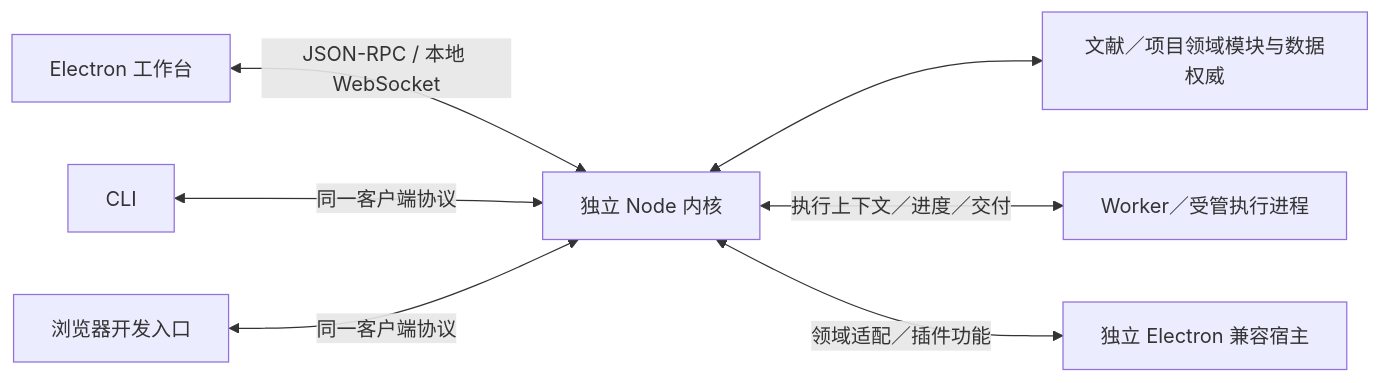
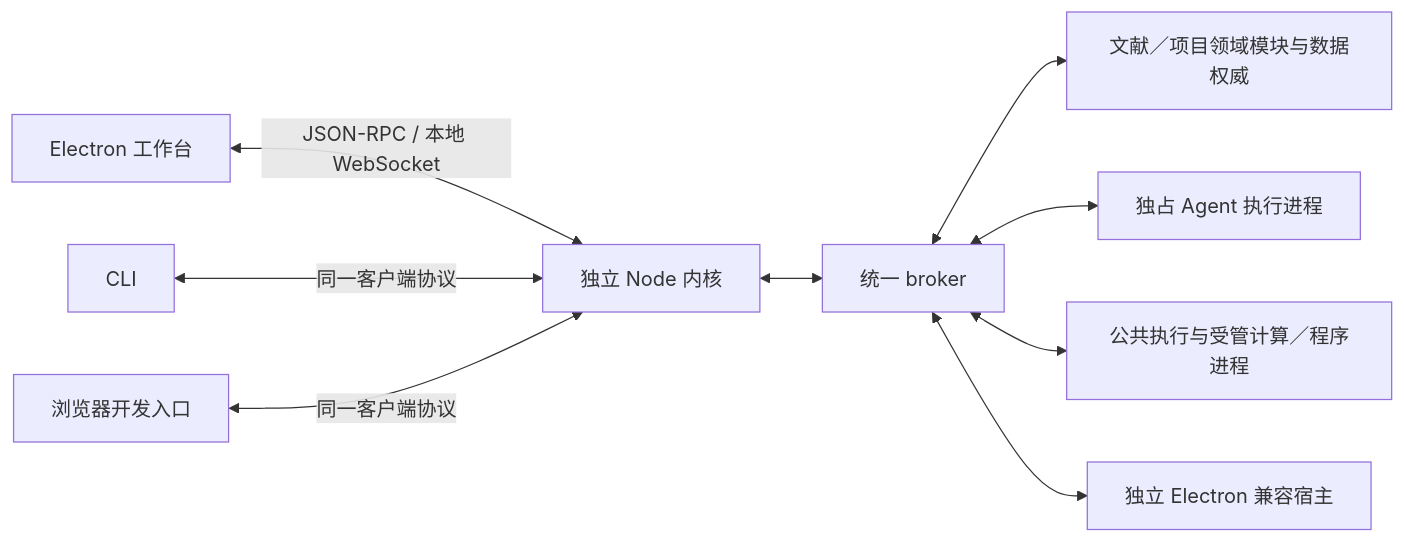
One commit to leike0813/Scholoom changed the diagram in .scratch/scholoom-foundations/issues/09-electron-architecture.md. Above: the diagram before and after it, drawn with Mermaid. The commit also changed other lines of this file and 305 other files, not shown here.

Commit message:
refactor: migrate runtime architecture

````diff
--- a/.scratch/scholoom-foundations/issues/09-electron-architecture.md
+++ b/.scratch/scholoom-foundations/issues/09-electron-architecture.md
@@ -92,9 +96,11 @@
 ```mermaid
 flowchart LR
     Desktop[Electron 工作台] <-->|JSON-RPC / 本地 WebSocket| Kernel[独立 Node 内核]
     CLI[CLI] <-->|同一客户端协议| Kernel
     Browser[浏览器开发入口] <-->|同一客户端协议| Kernel
-    Kernel <--> Domain[文献／项目领域模块与数据权威]
-    Kernel <-->|执行上下文／进度／交付| Execution[Worker／受管执行进程]
-    Kernel <-->|领域适配／插件功能| Host[独立 Electron 兼容宿主]
+    Kernel <--> Broker[统一 broker]
+    Broker <--> Domain[文献／项目领域模块与数据权威]
+    Broker <--> Agent[独占 Agent 执行进程]
+    Broker <--> Execution[公共执行与受管计算／程序进程]
+    Broker <--> Host[独立 Electron 兼容宿主]
 ```
````
